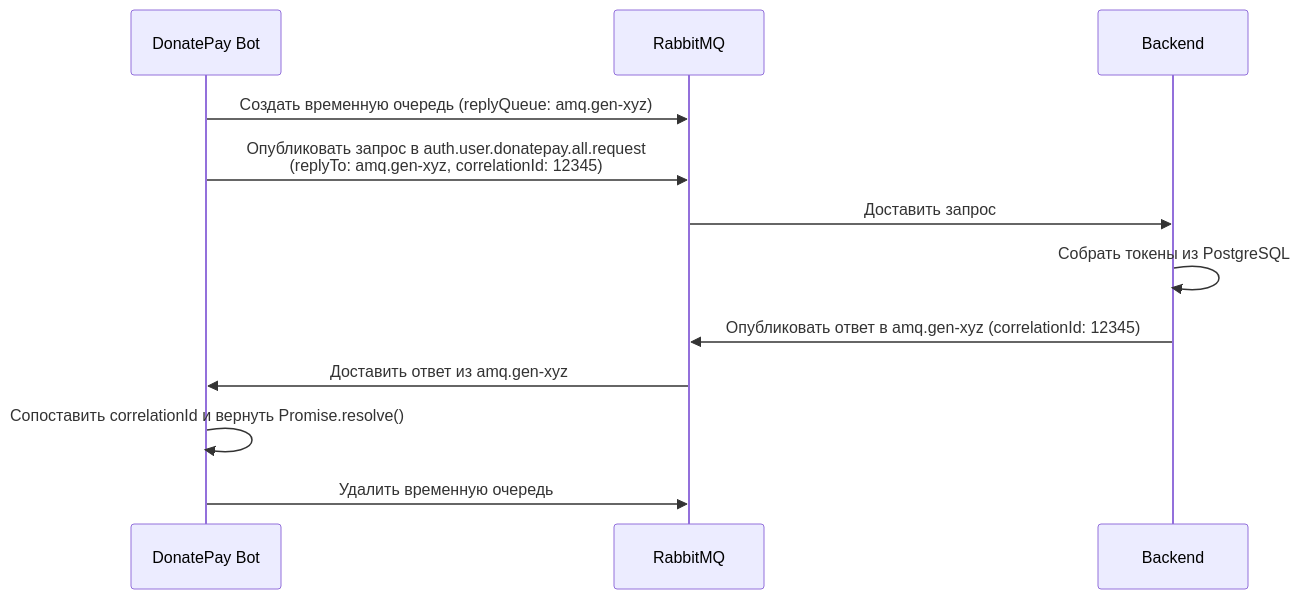
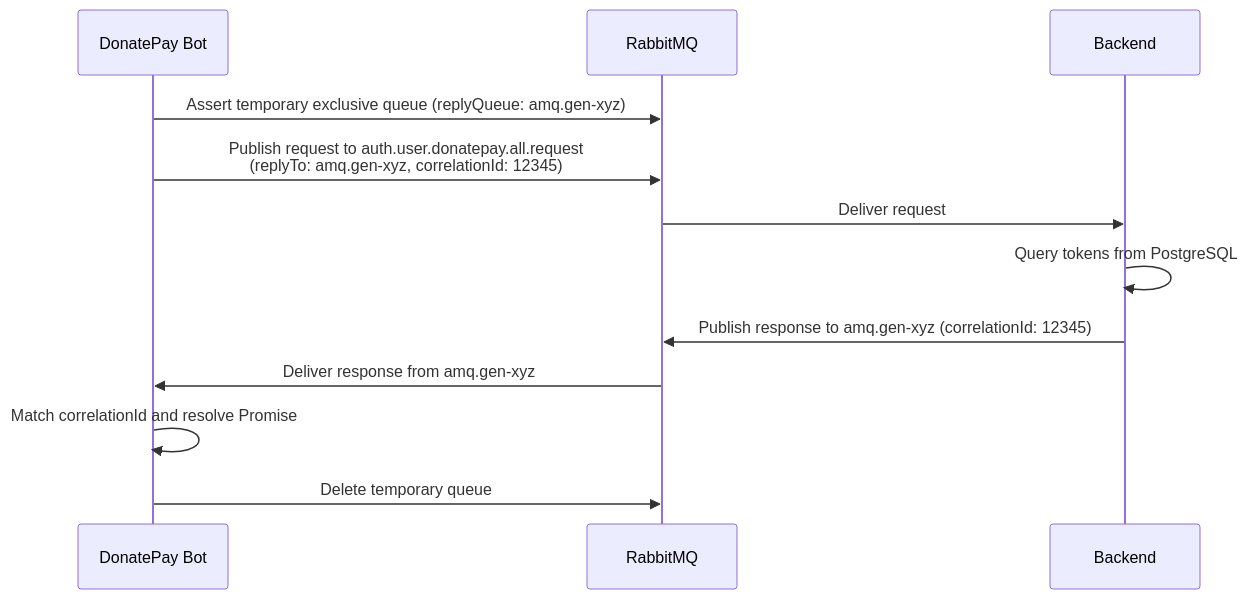
The second of 2 diagrams in docs/bots/bot_donatepay/messaging_guide.md (DustGalaxy/openplaylist-mono), drawn with Mermaid before and after one commit. The commit also changed other lines of this file and 21 other files, not shown here.

Commit message:
docs: translate technical architecture and component guides to English

````diff
--- a/docs/bots/bot_donatepay/messaging_guide.md
+++ b/docs/bots/bot_donatepay/messaging_guide.md
@@ -163,15 +156,15 @@
 ```mermaid
 sequenceDiagram
     participant Bot as DonatePay Bot
     participant Rabbit as RabbitMQ
     participant Backend as Backend
 
-    Bot->>Rabbit: Создать временную очередь (replyQueue: amq.gen-xyz)
-    Bot->>Rabbit: Опубликовать запрос в auth.user.donatepay.all.request<br/>(replyTo: amq.gen-xyz, correlationId: 12345)
-    Rabbit->>Backend: Доставить запрос
-    Backend->>Backend: Собрать токены из PostgreSQL
-    Backend->>Rabbit: Опубликовать ответ в amq.gen-xyz (correlationId: 12345)
-    Rabbit->>Bot: Доставить ответ из amq.gen-xyz
-    Bot->>Bot: Сопоставить correlationId и вернуть Promise.resolve()
-    Bot->>Rabbit: Удалить временную очередь
+    Bot->>Rabbit: Assert temporary exclusive queue (replyQueue: amq.gen-xyz)
+    Bot->>Rabbit: Publish request to auth.user.donatepay.all.request<br/>(replyTo: amq.gen-xyz, correlationId: 12345)
+    Rabbit->>Backend: Deliver request
+    Backend->>Backend: Query tokens from PostgreSQL
+    Backend->>Rabbit: Publish response to amq.gen-xyz (correlationId: 12345)
+    Rabbit->>Bot: Deliver response from amq.gen-xyz
+    Bot->>Bot: Match correlationId and resolve Promise
+    Bot->>Rabbit: Delete temporary queue
 ```
````
